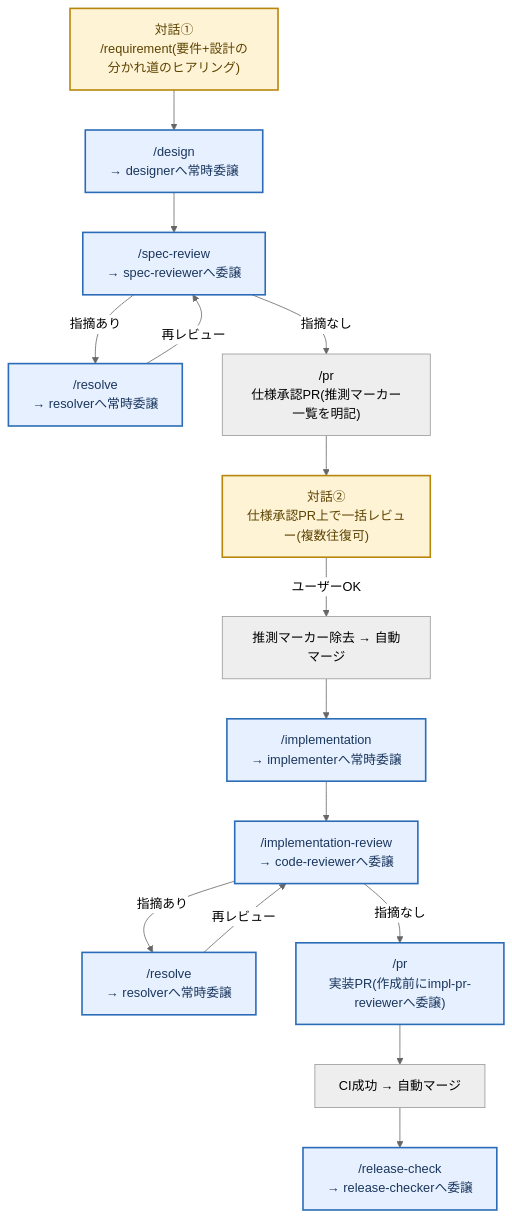
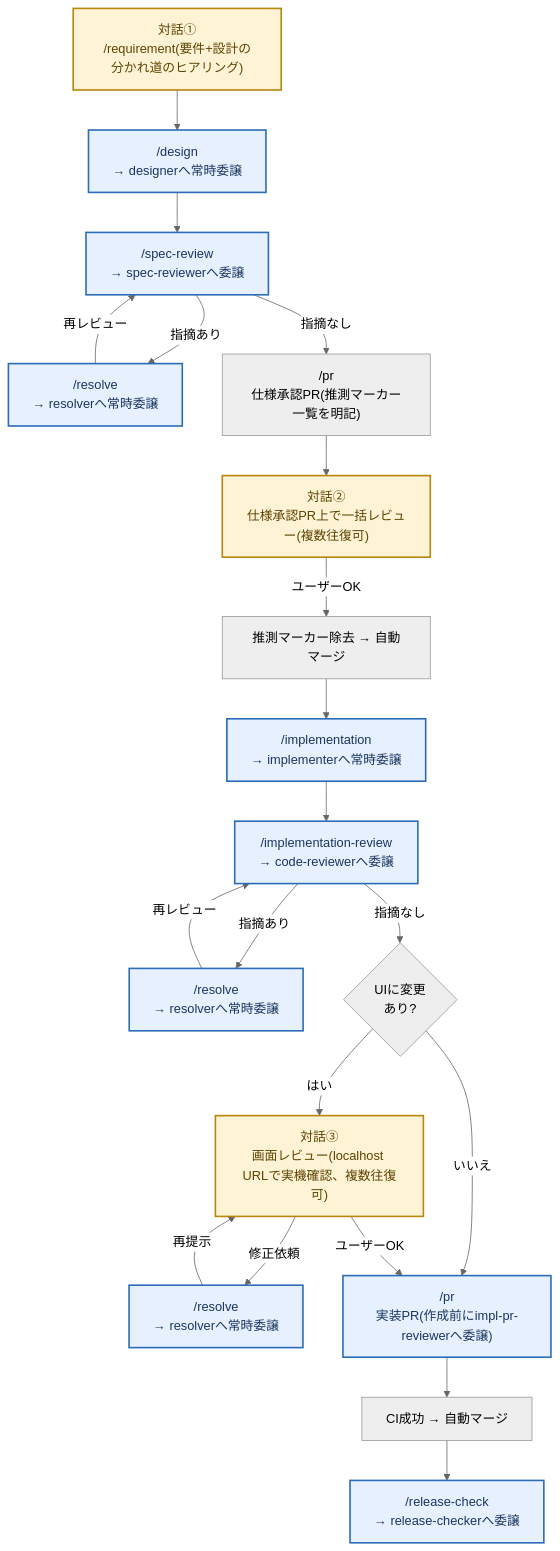
Before and after one commit to zakiyama0108/benriyatool: the first of 4 diagrams in .claude/skills/README.md, drawn with Mermaid (neutral theme). The commit also changed other lines of this file and 4 other files, not shown here.

````diff
--- a/.claude/skills/README.md
+++ b/.claude/skills/README.md
@@ -53,31 +53,40 @@
 ```mermaid
 flowchart TD
     dialog1["対話①<br>/requirement(要件+設計の分かれ道のヒアリング)"]
     design_a["/design<br>→ designerへ常時委譲"]
     specreview_a["/spec-review<br>→ spec-reviewerへ委譲"]
     resolve_a1["/resolve<br>→ resolverへ常時委譲"]
     prspec_a["/pr<br>仕様承認PR(推測マーカー一覧を明記)"]
     dialog2["対話②<br>仕様承認PR上で一括レビュー(複数往復可)"]
     automerge1["推測マーカー除去 → 自動マージ"]
     implementation_a["/implementation<br>→ implementerへ常時委譲"]
     implreview_a["/implementation-review<br>→ code-reviewerへ委譲"]
     resolve_a2["/resolve<br>→ resolverへ常時委譲"]
+    ui_branch_a{"UIに変更<br>あり?"}
+    dialog3["対話③<br>画面レビュー(localhost URLで実機確認、複数往復可)"]
+    resolve_a3["/resolve<br>→ resolverへ常時委譲"]
     primpl_a["/pr<br>実装PR(作成前にimpl-pr-reviewerへ委譲)"]
     automerge2["CI成功 → 自動マージ"]
     release_a["/release-check<br>→ release-checkerへ委譲"]
 
     dialog1 --> design_a --> specreview_a
     specreview_a -->|指摘あり| resolve_a1
     resolve_a1 -->|再レビュー| specreview_a
     specreview_a -->|指摘なし| prspec_a --> dialog2
     dialog2 -->|ユーザーOK| automerge1 --> implementation_a
     implementation_a --> implreview_a
     implreview_a -->|指摘あり| resolve_a2
     resolve_a2 -->|再レビュー| implreview_a
-    implreview_a -->|指摘なし| primpl_a --> automerge2 --> release_a
+    implreview_a -->|指摘なし| ui_branch_a
+    ui_branch_a -->|いいえ| primpl_a
+    ui_branch_a -->|はい| dialog3
+    dialog3 -->|修正依頼| resolve_a3
+    resolve_a3 -->|再提示| dialog3
+    dialog3 -->|ユーザーOK| primpl_a
+    primpl_a --> automerge2 --> release_a
 
     classDef dialogue fill:#fff3d6,stroke:#b8860b,stroke-width:2px,color:#5c4300;
     classDef agent fill:#e6f0ff,stroke:#2b6cb8,stroke-width:2px,color:#1a365d;
-    class dialog1,dialog2 dialogue;
-    class design_a,specreview_a,resolve_a1,implementation_a,implreview_a,resolve_a2,primpl_a,release_a agent;
+    class dialog1,dialog2,dialog3 dialogue;
+    class design_a,specreview_a,resolve_a1,implementation_a,implreview_a,resolve_a2,resolve_a3,primpl_a,release_a agent;
 ```
````
